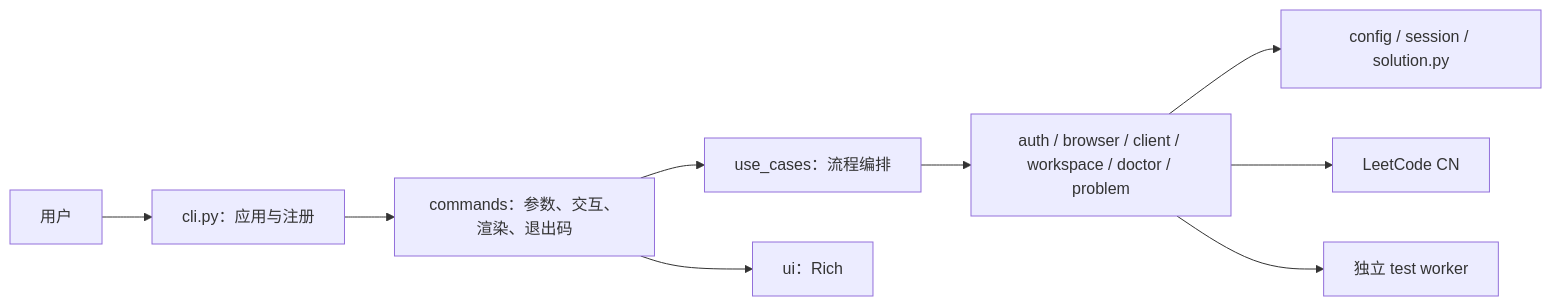
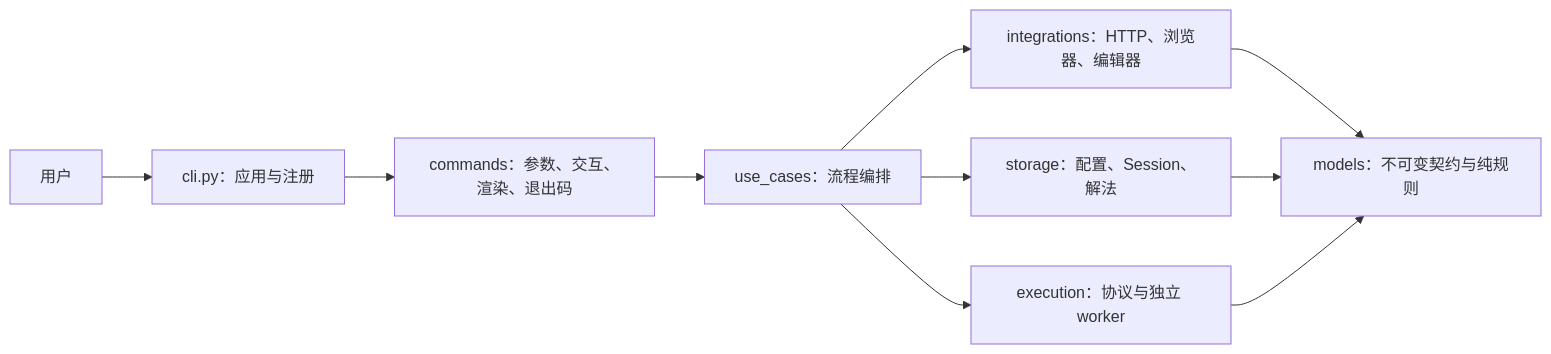
The diagram in docs/ARCHITECTURE.md (Aetherialter/leetcode-cn-local-cli), drawn with Mermaid before and after one commit. The commit also changed other lines of this file and 80 other files, not shown here.

````diff
--- a/docs/ARCHITECTURE.md
+++ b/docs/ARCHITECTURE.md
@@ -5,11 +5,12 @@
 ```mermaid
 flowchart LR
     U["用户"] --> CLI["cli.py：应用与注册"]
     CLI --> CMD["commands：参数、交互、渲染、退出码"]
     CMD --> APP["use_cases：流程编排"]
-    CMD --> UI["ui：Rich"]
-    APP --> CORE["auth / browser / client / workspace / doctor / problem"]
-    CORE --> FS["config / session / solution.py"]
-    CORE --> LC["LeetCode CN"]
-    CORE --> RUN["独立 test worker"]
+    APP --> INT["integrations：HTTP、浏览器、编辑器"]
+    APP --> FS["storage：配置、Session、解法"]
+    APP --> RUN["execution：协议与独立 worker"]
+    INT --> MODEL["models：不可变契约与纯规则"]
+    FS --> MODEL
+    RUN --> MODEL
 ```
````
